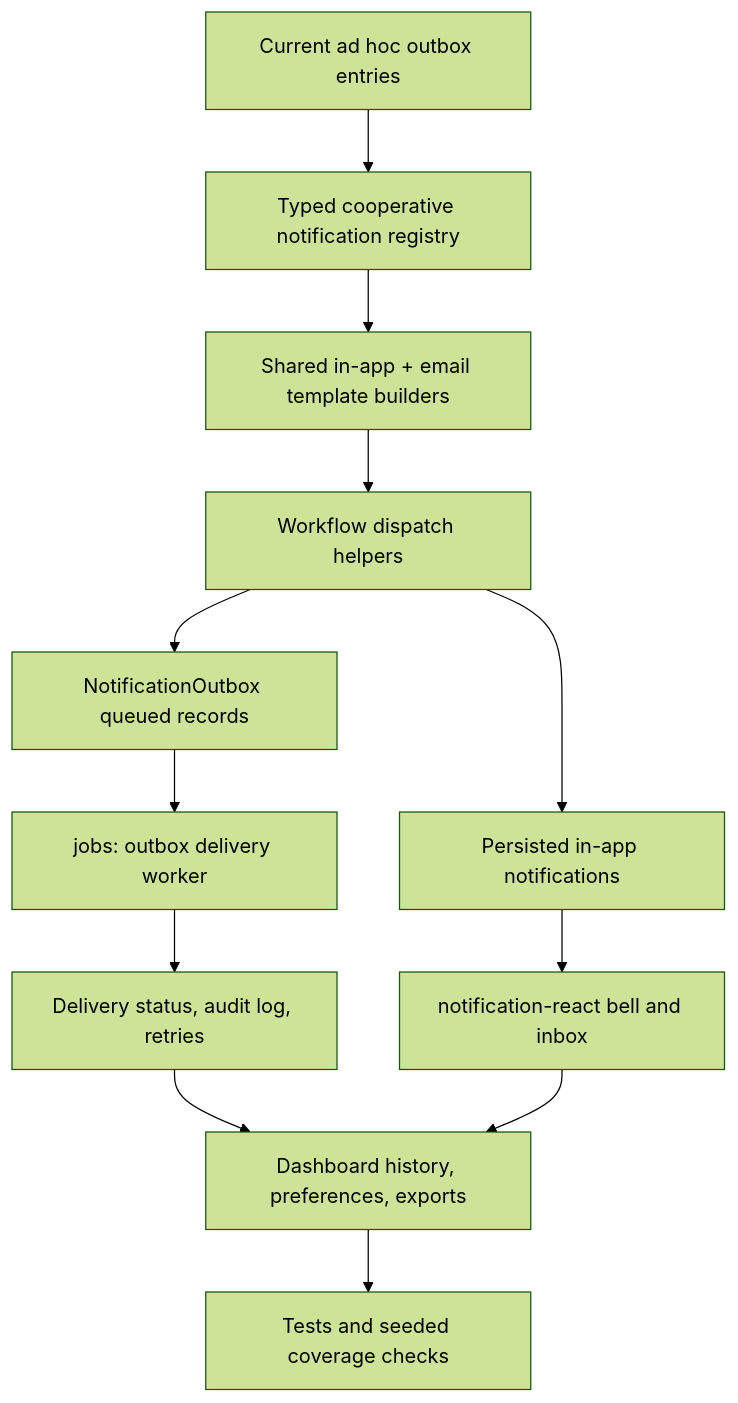
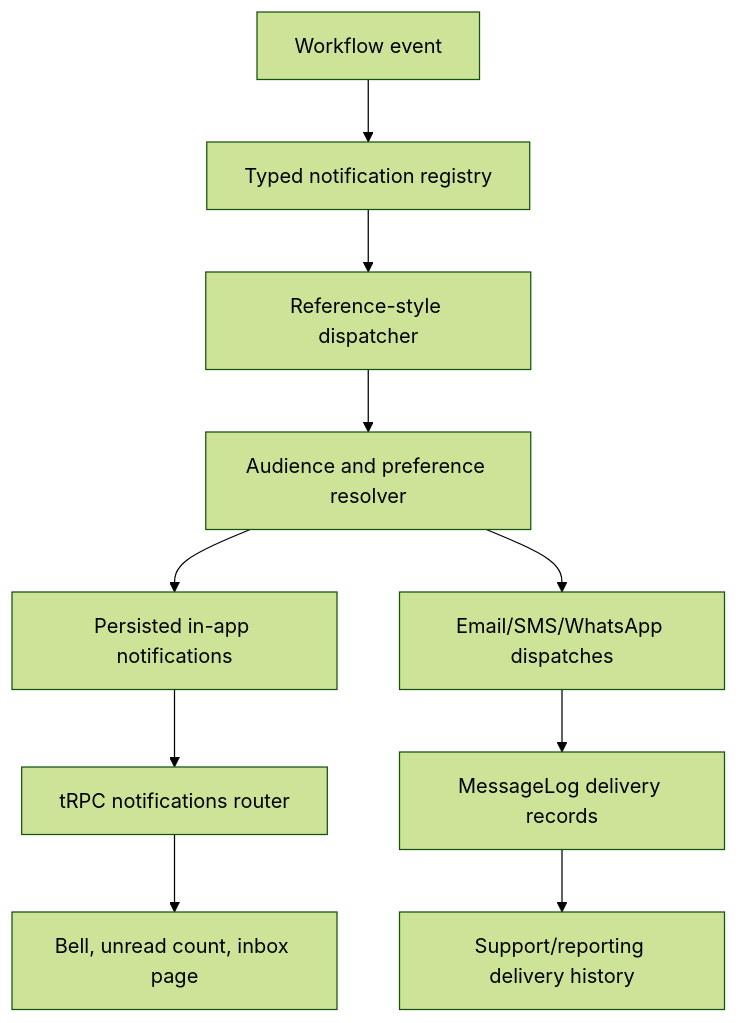
Before and after one commit to ishaqyusuf/halaal-coperative: the diagram in brain/plans/2026-06-23-feature-school-clerk-style-notification-email-and-job-implementation.md, drawn with Mermaid (forest theme). The commit also changed other lines of this file and 134 other files, not shown here.

Commit message:
Improve cooperative dashboard and onboarding flows

````diff
--- a/brain/plans/2026-06-23-feature-school-clerk-style-notification-email-and-job-implementation.md
+++ b/brain/plans/2026-06-23-feature-school-clerk-style-notification-email-and-job-implementation.md
@@ -53,14 +53,12 @@
 ```mermaid
 flowchart TD
-  A["Current ad hoc outbox entries"] --> B["Typed cooperative notification registry"]
-  B --> C["Shared in-app + email template builders"]
-  C --> D["Workflow dispatch helpers"]
-  D --> E["NotificationOutbox queued records"]
-  E --> F["jobs: outbox delivery worker"]
-  F --> G["Delivery status, audit log, retries"]
-  D --> H["Persisted in-app notifications"]
-  H --> I["notification-react bell and inbox"]
-  G --> J["Dashboard history, preferences, exports"]
-  I --> J
-  J --> K["Tests and seeded coverage checks"]
+  A["Workflow event"] --> B["Typed notification registry"]
+  B --> C["Reference-style dispatcher"]
+  C --> D["Audience and preference resolver"]
+  D --> E["Persisted in-app notifications"]
+  D --> F["Email/SMS/WhatsApp dispatches"]
+  F --> G["MessageLog delivery records"]
+  E --> H["tRPC notifications router"]
+  H --> I["Bell, unread count, inbox page"]
+  G --> J["Support/reporting delivery history"]
 ```
````
